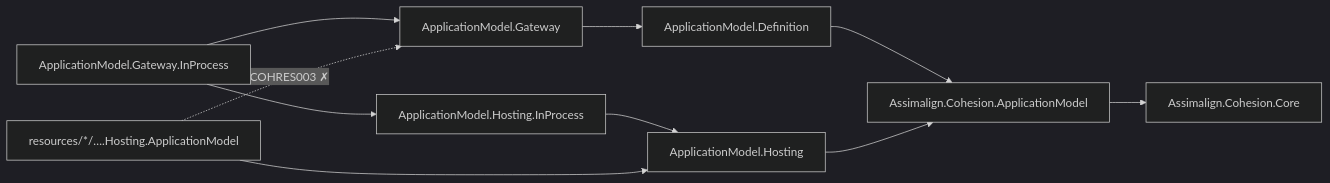
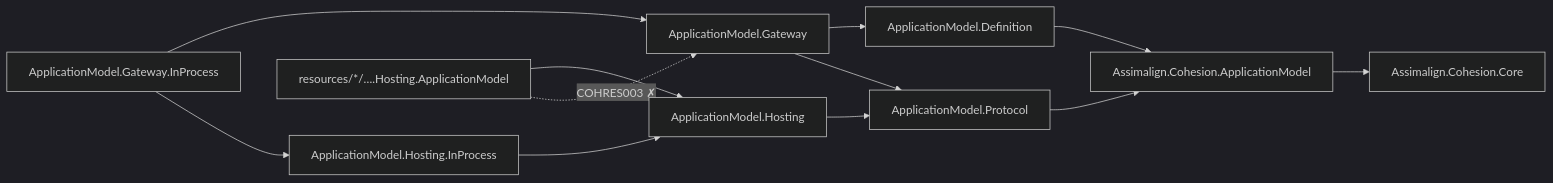
Before and after one commit to assimalign/cohesion: the diagram in libraries/ApplicationModel/README.md, drawn with Mermaid (dark theme). The commit also changed other lines of this file and 219 other files, not shown here.

````diff
--- a/libraries/ApplicationModel/README.md
+++ b/libraries/ApplicationModel/README.md
@@ -44,12 +48,14 @@
 ```mermaid
 flowchart LR
-    Definition["ApplicationModel.Definition"] --> Contracts["Assimalign.Cohesion.ApplicationModel"]
-    Hosting["ApplicationModel.Hosting"] --> Contracts
-    Contracts --> Core["Assimalign.Cohesion.Core"]
+    Definition["ApplicationModel.Definition"] --> Identity["Assimalign.Cohesion.ApplicationModel"]
+    Protocol["ApplicationModel.Protocol"] --> Identity
+    Hosting["ApplicationModel.Hosting"] --> Protocol
+    Identity --> Core["Assimalign.Cohesion.Core"]
     Gateway["ApplicationModel.Gateway"] --> Definition
+    Gateway --> Protocol
     HostingInProcess["ApplicationModel.Hosting.InProcess"] --> Hosting
     GatewayInProcess["ApplicationModel.Gateway.InProcess"] --> Gateway
     GatewayInProcess --> HostingInProcess
     AreaHosting["resources/*/….Hosting.ApplicationModel"] --> Hosting
     AreaHosting -.->|"COHRES003 ✗"| Gateway
 ```
````
